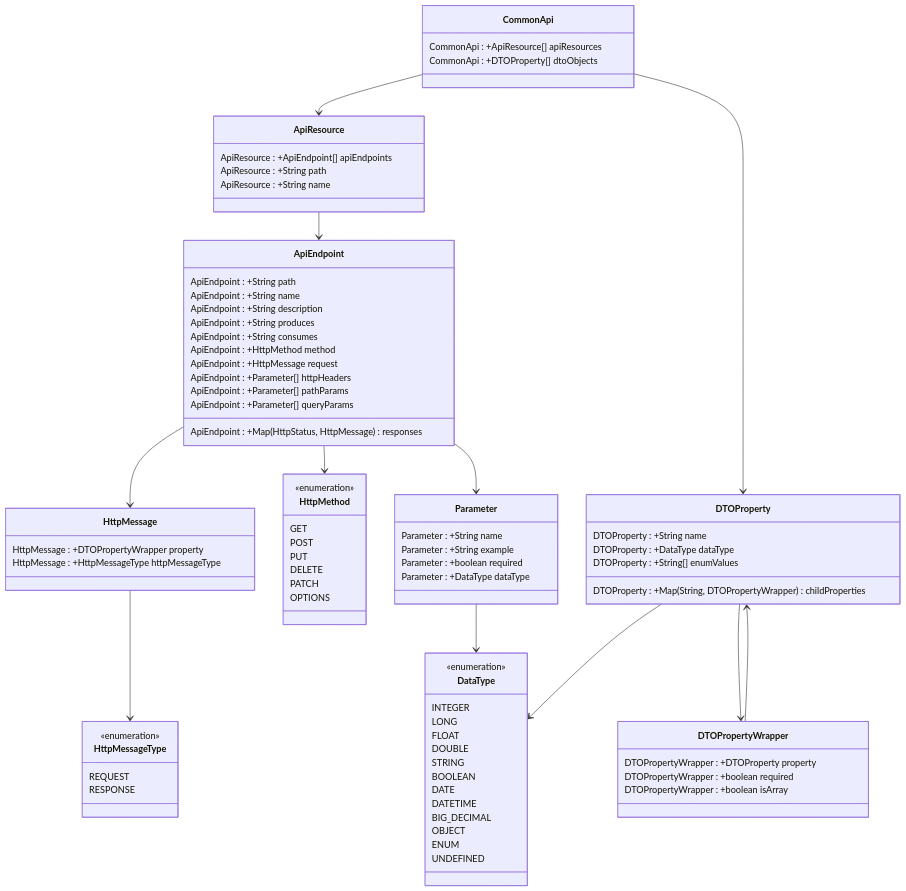
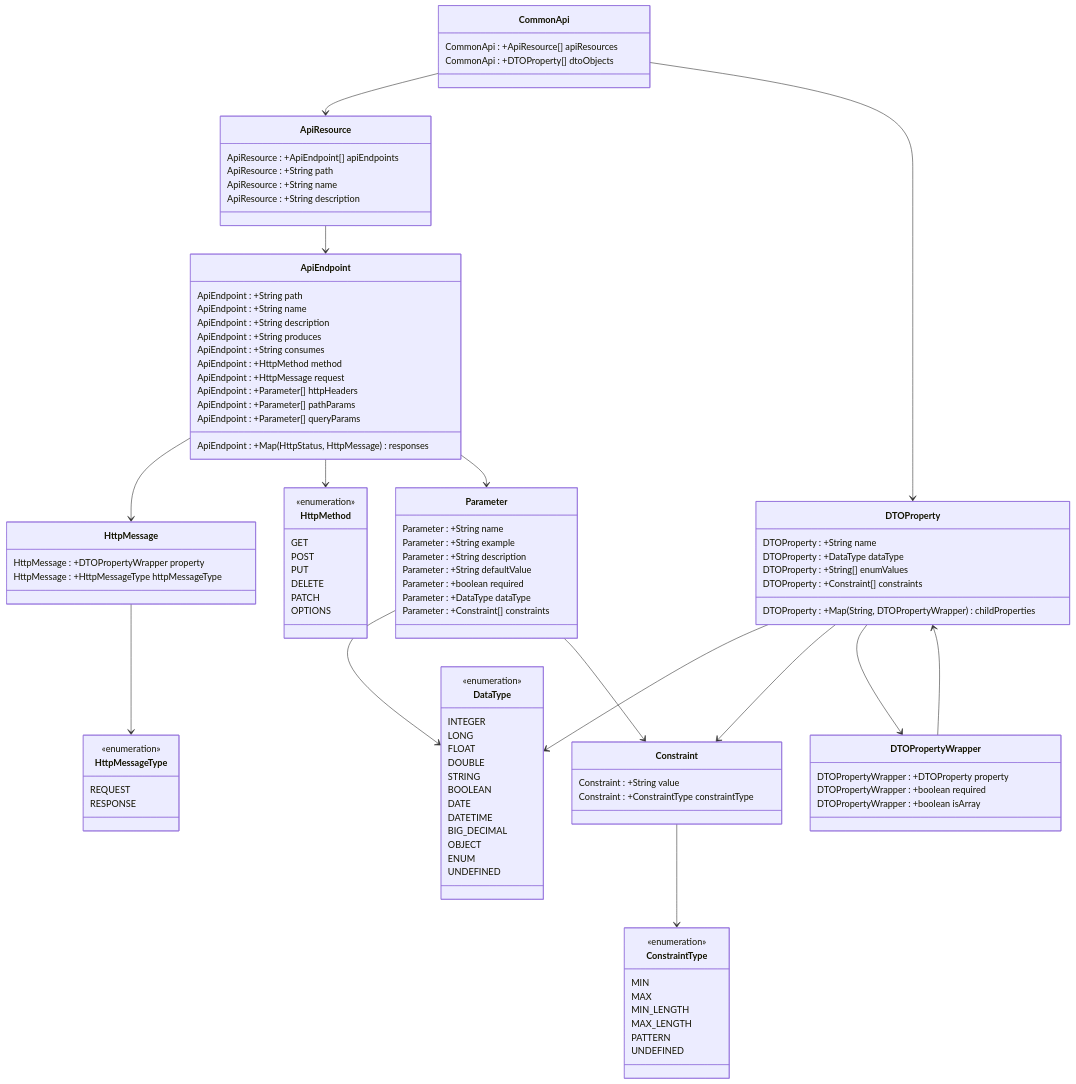
The second of 2 diagrams in docs/README_CS.md (mmasata/enterprise-architect-code-generator), drawn with Mermaid before and after one commit. The commit also changed 18 other files, not shown here.

Commit message:
Extend JPA entities, add support for constraint values in Common-API

````diff
--- a/docs/README_CS.md
+++ b/docs/README_CS.md
@@ -113,6 +113,7 @@
     ApiResource : +ApiEndpoint[] apiEndpoints
     ApiResource : +String path
     ApiResource : +String name
+    ApiResource : +String description
     }
    
     class ApiEndpoint{
@@ -132,8 +133,11 @@
     class Parameter{
     Parameter : +String name
     Parameter : +String example
+    Parameter : +String description
+    Parameter : +String defaultValue
     Parameter : +boolean required
     Parameter : +DataType dataType
+    Parameter : +Constraint[] constraints
     }
     
     class HttpMessage{
@@ -152,6 +156,22 @@
     DTOProperty : +DataType dataType
     DTOProperty : +String[] enumValues
     DTOProperty : +Map(String, DTOPropertyWrapper) childProperties
+    DTOProperty : +Constraint[] constraints
+    }
+    
+    class Constraint{
+    Constraint : +String value
+    Constraint : +ConstraintType constraintType
+    }
+    
+    class ConstraintType{
+    <<enumeration>>
+    MIN
+    MAX
+    MIN_LENGTH
+    MAX_LENGTH
+    PATTERN
+    UNDEFINED
     }
     
     class DataType{
@@ -194,8 +214,11 @@
     ApiEndpoint-->HttpMethod
     ApiEndpoint-->Parameter
     Parameter-->DataType
+    Parameter-->Constraint
     HttpMessage-->HttpMessageType
     DTOProperty-->DataType
+    DTOProperty-->Constraint
     DTOProperty-->DTOPropertyWrapper
     DTOPropertyWrapper-->DTOProperty
+    Constraint-->ConstraintType
 ```
````
